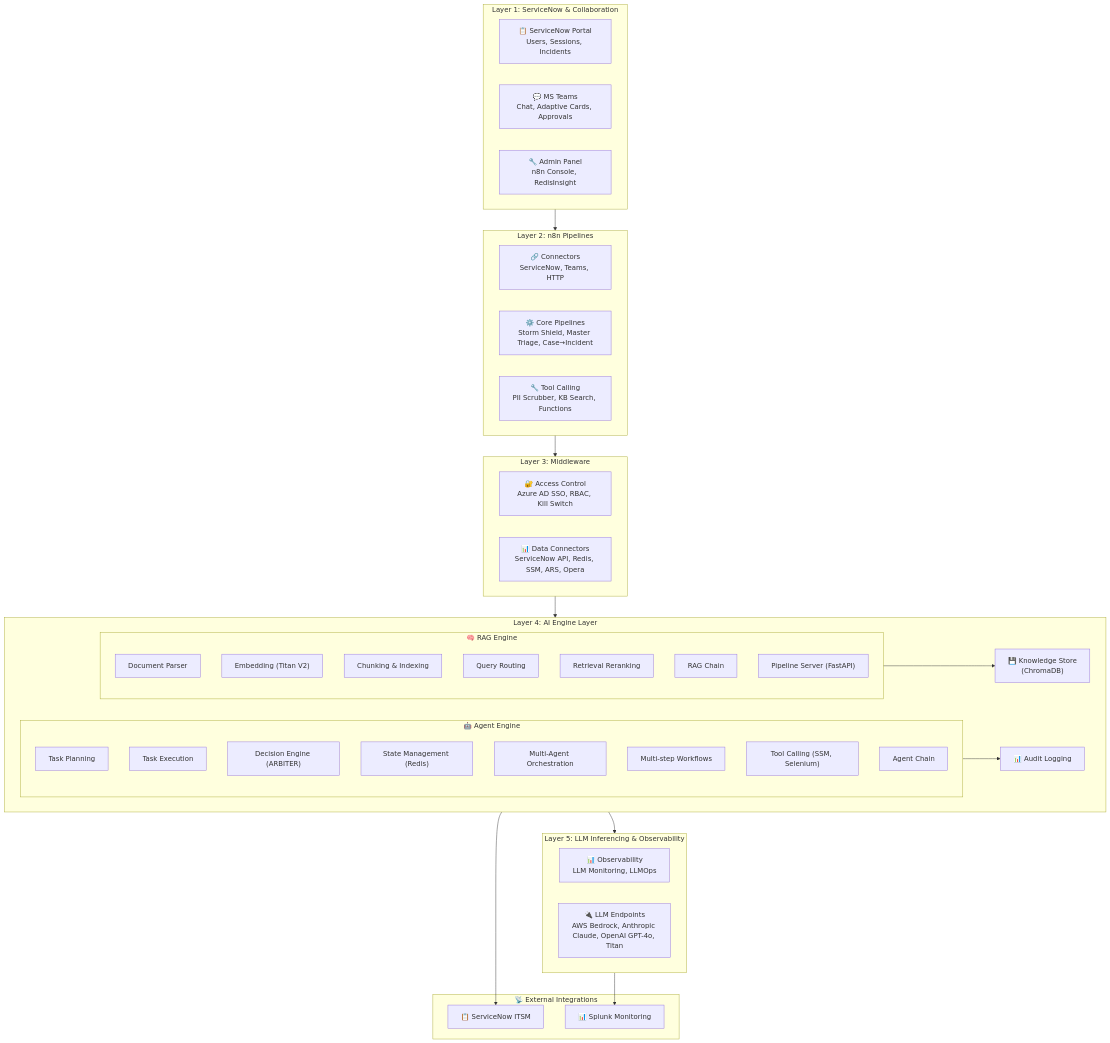
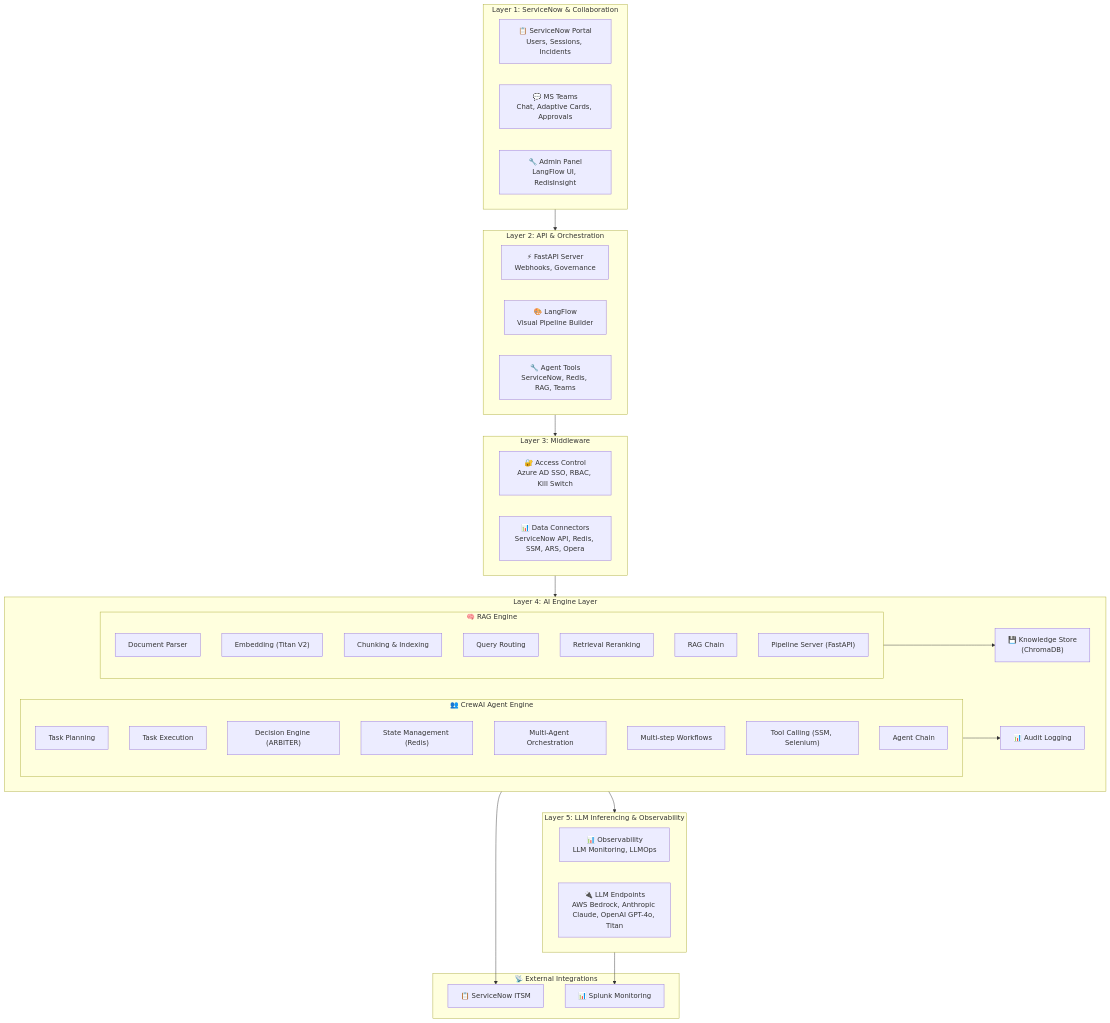
One commit to maniltns/AEGIS changed the second of 6 diagrams in docs/TAD.md. Above: the diagram before and after it, drawn with Mermaid. The commit also changed other lines of this file and 14 other files, not shown here.

Commit message:
docs: Add comprehensive documentation for AEGIS architecture, demo, setup, and executive insights, and update contributing guidelines for the Python/CrewAI agent stack.

````diff
--- a/docs/TAD.md
+++ b/docs/TAD.md
@@ -83,67 +86,67 @@
 ```mermaid
 graph TB
     subgraph L1["Layer 1: ServiceNow & Collaboration"]
         direction LR
         L1_SNOW["📋 ServiceNow Portal<br/>Users, Sessions, Incidents"]
         L1_TEAMS["💬 MS Teams<br/>Chat, Adaptive Cards, Approvals"]
-        L1_ADMIN["🔧 Admin Panel<br/>n8n Console, RedisInsight"]
+        L1_ADMIN["🔧 Admin Panel<br/>LangFlow UI, RedisInsight"]
     end
 
-    subgraph L2["Layer 2: n8n Pipelines"]
+    subgraph L2["Layer 2: API & Orchestration"]
         direction LR
-        L2_CONN["🔗 Connectors<br/>ServiceNow, Teams, HTTP"]
-        L2_PIPE["⚙️ Core Pipelines<br/>Storm Shield, Master Triage, Case→Incident"]
-        L2_TOOLS["🔧 Tool Calling<br/>PII Scrubber, KB Search, Functions"]
+        L2_API["⚡ FastAPI Server<br/>Webhooks, Governance"]
+        L2_LF["🎨 LangFlow<br/>Visual Pipeline Builder"]
+        L2_TOOLS["🔧 Agent Tools<br/>ServiceNow, Redis, RAG, Teams"]
     end
 
     subgraph L3["Layer 3: Middleware"]
         direction LR
         L3_ACCESS["🔐 Access Control<br/>Azure AD SSO, RBAC, Kill Switch"]
         L3_DATA["📊 Data Connectors<br/>ServiceNow API, Redis, SSM, ARS, Opera"]
     end
 
     subgraph L4["Layer 4: AI Engine Layer"]
         direction LR
         subgraph L4_RAG["🧠 RAG Engine"]
             RAG1["Document Parser"]
             RAG2["Embedding (Titan V2)"]
             RAG3["Chunking & Indexing"]
             RAG4["Query Routing"]
             RAG5["Retrieval Reranking"]
             RAG6["RAG Chain"]
             RAG7["Pipeline Server (FastAPI)"]
         end
         L4_KB["💾 Knowledge Store<br/>(ChromaDB)"]
         L4_AUDIT["📊 Audit Logging"]
-        subgraph L4_AGENT["🤖 Agent Engine"]
+        subgraph L4_AGENT["👥 CrewAI Agent Engine"]
             AGT1["Task Planning"]
             AGT2["Task Execution"]
             AGT3["Decision Engine (ARBITER)"]
             AGT4["State Management (Redis)"]
             AGT5["Multi-Agent Orchestration"]
             AGT6["Multi-step Workflows"]
             AGT7["Tool Calling (SSM, Selenium)"]
             AGT8["Agent Chain"]
         end
     end
 
     subgraph L5["Layer 5: LLM Inferencing & Observability"]
         direction LR
         L5_OBS["📊 Observability<br/>LLM Monitoring, LLMOps"]
         L5_LLM["🔌 LLM Endpoints<br/>AWS Bedrock, Anthropic Claude, OpenAI GPT-4o, Titan"]
     end
 
     subgraph EXT["📡 External Integrations"]
         SERVICENOW["📋 ServiceNow ITSM"]
         SPLUNK["📊 Splunk Monitoring"]
     end
 
     L1 --> L2
     L2 --> L3
     L3 --> L4
     L4 --> L5
     L4_RAG --> L4_KB
     L4_AGENT --> L4_AUDIT
     L4_AUDIT --> SERVICENOW
     L5_OBS --> SPLUNK
 ```
````
